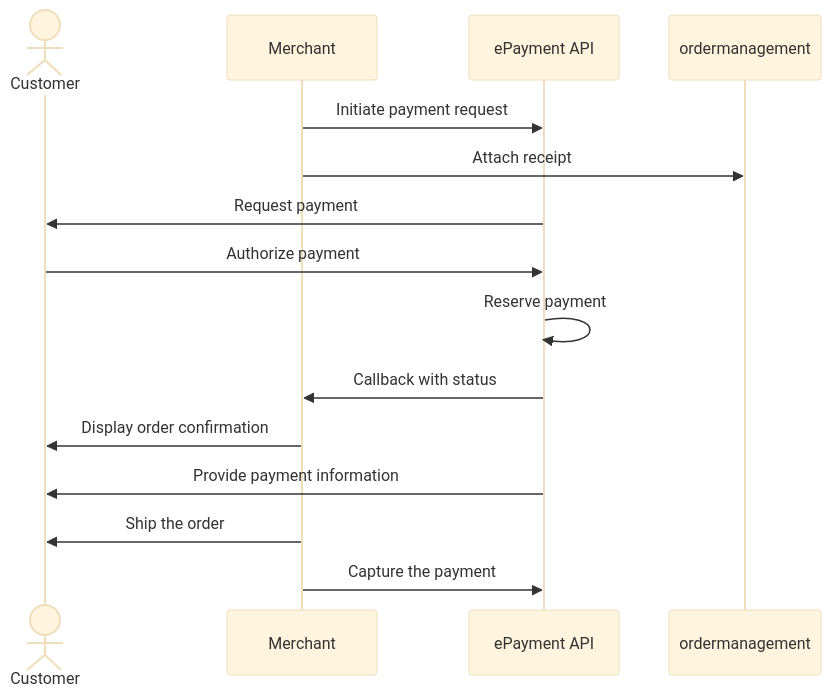
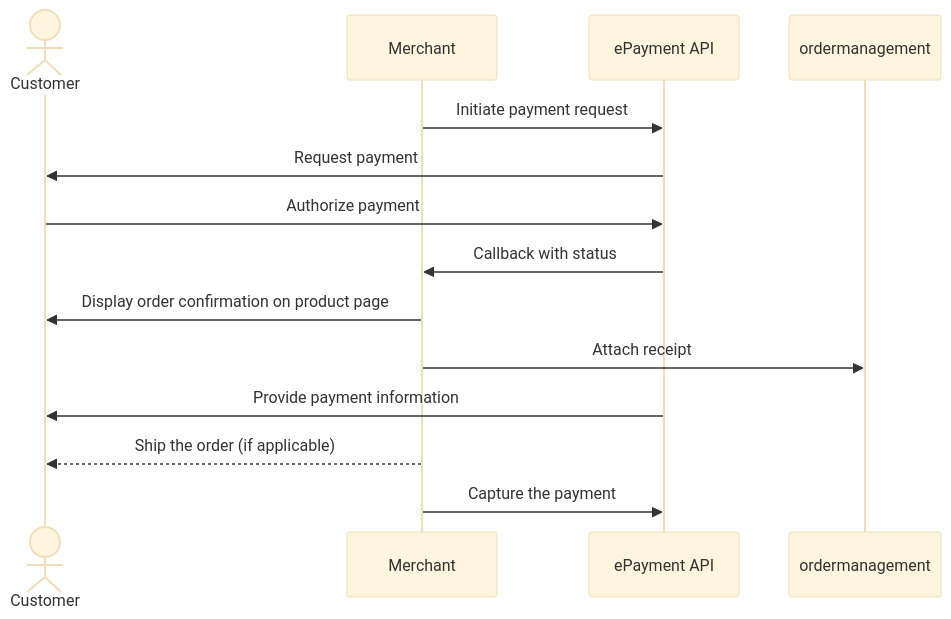
One commit to vippsas/vipps-solutions changed the diagram in invoice-through-epayments/payment-sent-to-app.md. Above: the diagram before and after it, drawn with Mermaid (base theme). The commit also changed 10 other files, not shown here.

Commit message:
Align and simplify all sequence diagrams

````diff
--- a/invoice-through-epayments/payment-sent-to-app.md
+++ b/invoice-through-epayments/payment-sent-to-app.md
@@ -61,17 +61,16 @@
 ``` mermaid
 sequenceDiagram
     actor C as Customer
     participant M as Merchant
     participant ePayment as ePayment API
 
     M->>ePayment: Initiate payment request
-    M->> ordermanagement: Attach receipt
     ePayment->>C: Request payment
     C->>ePayment: Authorize payment
-    ePayment->>ePayment: Reserve payment
     ePayment->>M: Callback with status
-    M->>C: Display order confirmation
+    M->>C: Display order confirmation on product page
+    M->> ordermanagement: Attach receipt
     ePayment->>C: Provide payment information
-    M->>C: Ship the order
+    M-->>C: Ship the order (if applicable)
     M->>ePayment: Capture the payment
 ```
````
